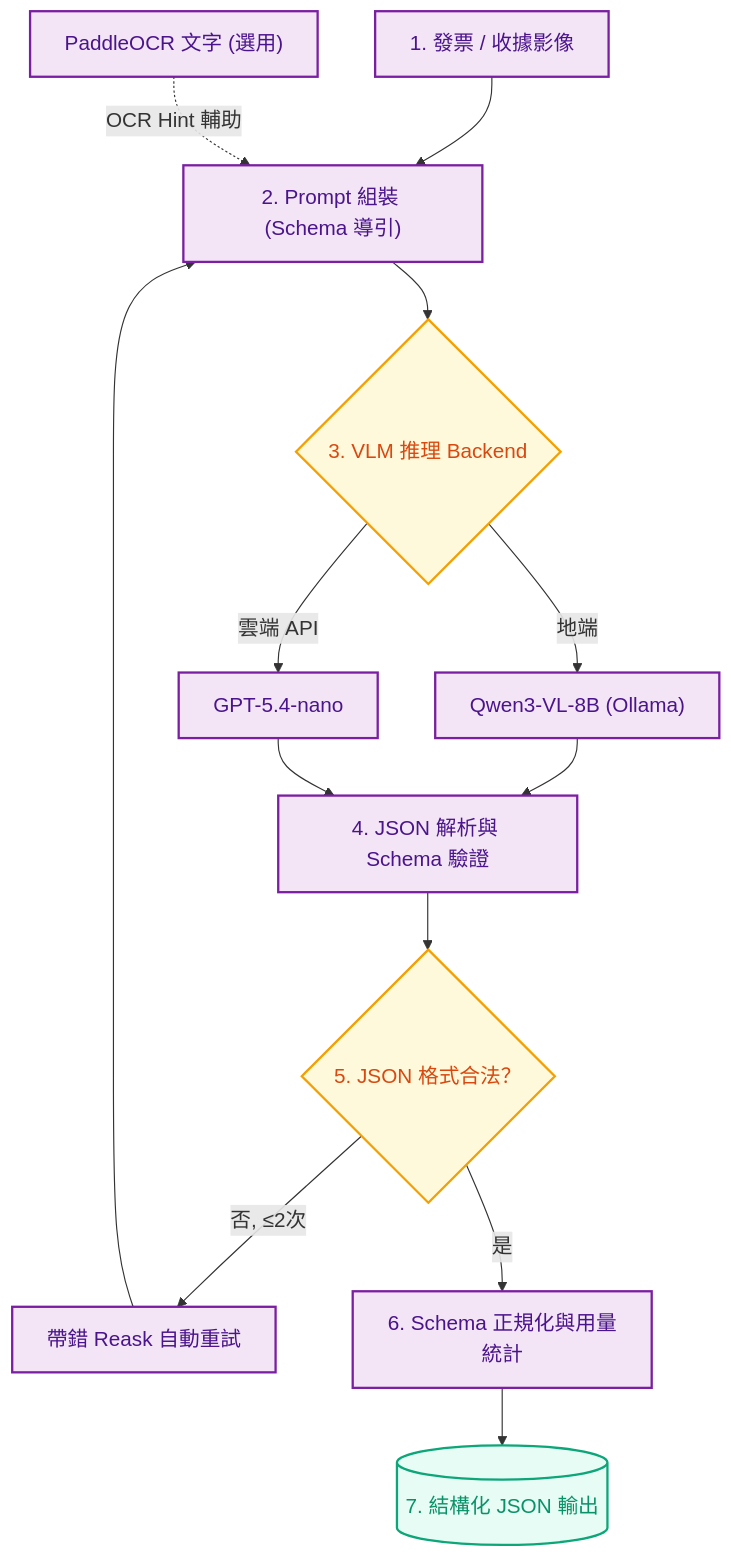
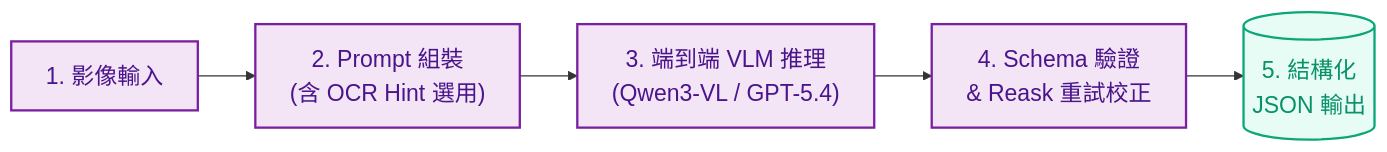
Before and after one commit to kuotunyu/receipt-ocr-vlm-benchmark: the second of 3 diagrams in README.md, drawn with Mermaid. The commit also changed other lines of this file, not shown here.

Commit message:
docs: streamline node text in Pipeline A and B to achieve 20px large font horizontal flowcharts

````diff
--- a/README.md
+++ b/README.md
@@ -56,23 +47,11 @@
 ```mermaid
-%%{init: {'themeVariables': {'fontSize': '18px'}}}%%
-flowchart TD
-    B1["1. 發票 / 收據影像"] --> B2["2. Prompt 組裝 (Schema 導引)"]
-    B3["PaddleOCR 文字 (選用)"] -.->|OCR Hint 輔助| B2
-    B2 --> B4{"3. VLM 推理 Backend"}
-    B4 -->|地端| B5["Qwen3-VL-8B (Ollama)"]
-    B4 -->|雲端 API| B6["GPT-5.4-nano"]
-    B5 & B6 --> B7["4. JSON 解析與 Schema 驗證"]
-    B7 --> B8{"5. JSON 格式合法？"}
-    B8 -->|否, ≤2次| B9["帶錯 Reask 自動重試"]
-    B9 --> B2
-    B8 -->|是| B10["6. Schema 正規化與用量統計"]
-    B10 --> B11[("7. 結構化 JSON 輸出")]
+%%{init: {'themeVariables': {'fontSize': '20px'}}}%%
+flowchart LR
+    B1["1. 影像輸入"] --> B2["2. Prompt 組裝<br/>(含 OCR Hint 選用)"] --> B3["3. 端到端 VLM 推理<br/>(Qwen3-VL / GPT-5.4)"] --> B4["4. Schema 驗證<br/>& Reask 重試校正"] --> B5[("5. 結構化<br/>JSON 輸出")]
 
     classDef vlmStyle fill:#f3e5f5,stroke:#7b1fa2,stroke-width:2px,color:#4a148c
-    classDef condStyle fill:#fff9db,stroke:#f59f00,stroke-width:2px,color:#d9480f
     classDef outStyle fill:#e6fcf5,stroke:#0ca678,stroke-width:2px,color:#099268
 
-    class B1,B2,B3,B5,B6,B7,B9,B10 vlmStyle
-    class B4,B8 condStyle
-    class B11 outStyle
+    class B1,B2,B3,B4 vlmStyle
+    class B5 outStyle
 ```
````
